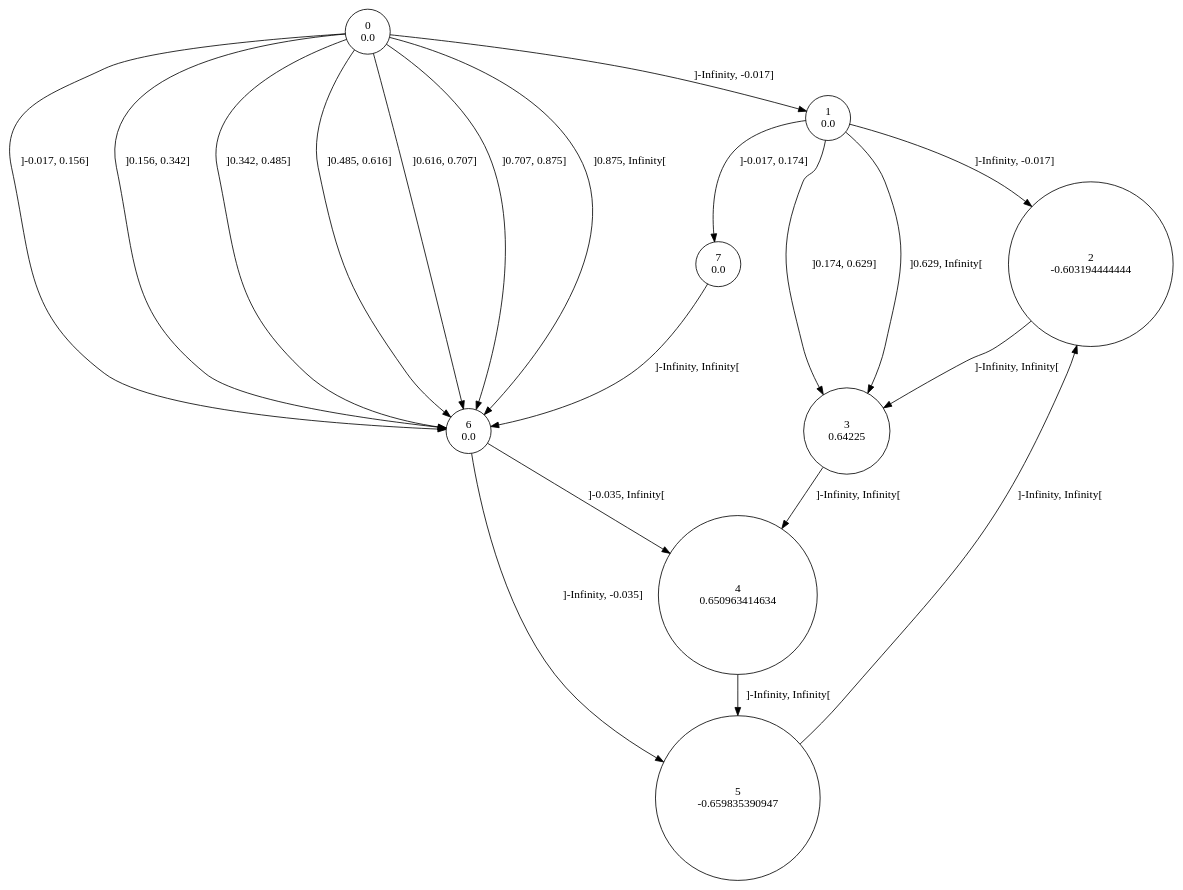
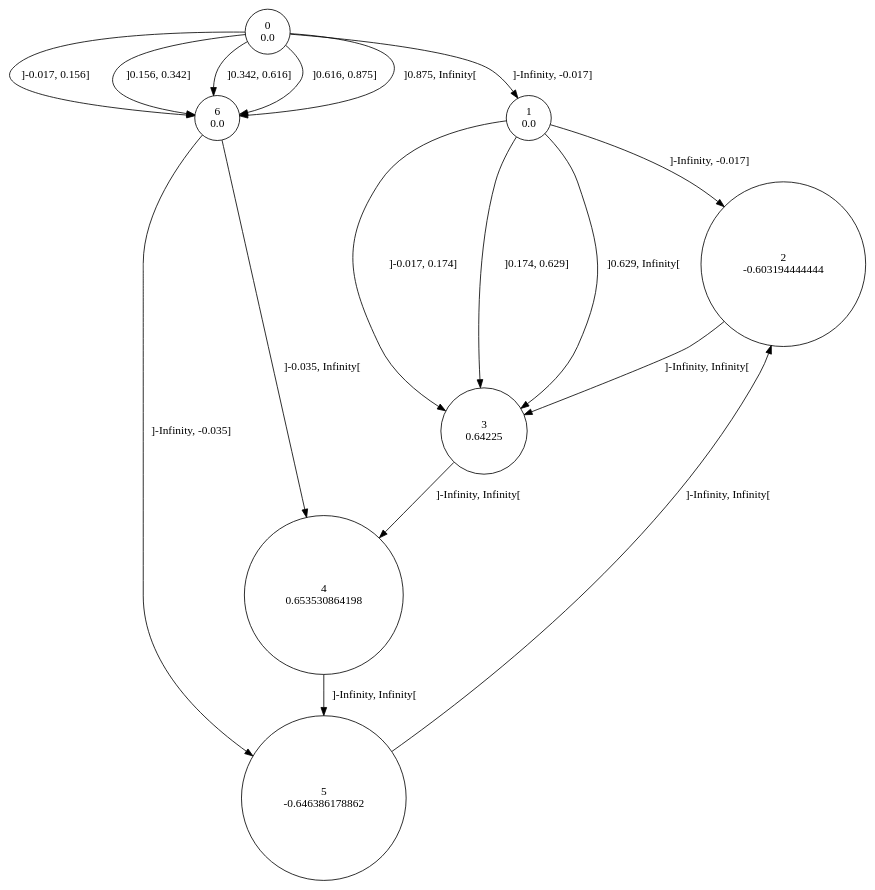
Before and after one commit to gllpellegrino/RAI_experiments: the diagram in sinus/data/2/rtitm.dot, drawn with Graphviz. The commit also changed 14 other files, not shown here.

```diff
--- a/sinus/data/2/rtitm.dot
+++ b/sinus/data/2/rtitm.dot
@@ -1,29 +1,25 @@
 digraph a {
 0 [shape=circle, label="0\n0.0"];
 	0->1 [ label="]-Infinity, -0.017]"];
 	0->6 [ label="]-0.017, 0.156]"];
 	0->6 [ label="]0.156, 0.342]"];
-	0->6 [ label="]0.342, 0.485]"];
-	0->6 [ label="]0.485, 0.616]"];
-	0->6 [ label="]0.616, 0.707]"];
-	0->6 [ label="]0.707, 0.875]"];
+	0->6 [ label="]0.342, 0.616]"];
+	0->6 [ label="]0.616, 0.875]"];
 	0->6 [ label="]0.875, Infinity["];
 1 [shape=circle, label="1\n0.0"];
 	1->2 [ label="]-Infinity, -0.017]"];
-	1->7 [ label="]-0.017, 0.174]"];
+	1->3 [ label="]-0.017, 0.174]"];
 	1->3 [ label="]0.174, 0.629]"];
 	1->3 [ label="]0.629, Infinity["];
 2 [shape=circle, label="2\n-0.603194444444"];
 	2->3 [ label="]-Infinity, Infinity["];
 3 [shape=circle, label="3\n0.64225"];
 	3->4 [ label="]-Infinity, Infinity["];
-4 [shape=circle, label="4\n0.650963414634"];
+4 [shape=circle, label="4\n0.653530864198"];
 	4->5 [ label="]-Infinity, Infinity["];
-5 [shape=circle, label="5\n-0.659835390947"];
+5 [shape=circle, label="5\n-0.646386178862"];
 	5->2 [ label="]-Infinity, Infinity["];
 6 [shape=circle, label="6\n0.0"];
 	6->5 [ label="]-Infinity, -0.035]"];
 	6->4 [ label="]-0.035, Infinity["];
-7 [shape=circle, label="7\n0.0"];
-	7->6 [ label="]-Infinity, Infinity["];
 }
```
